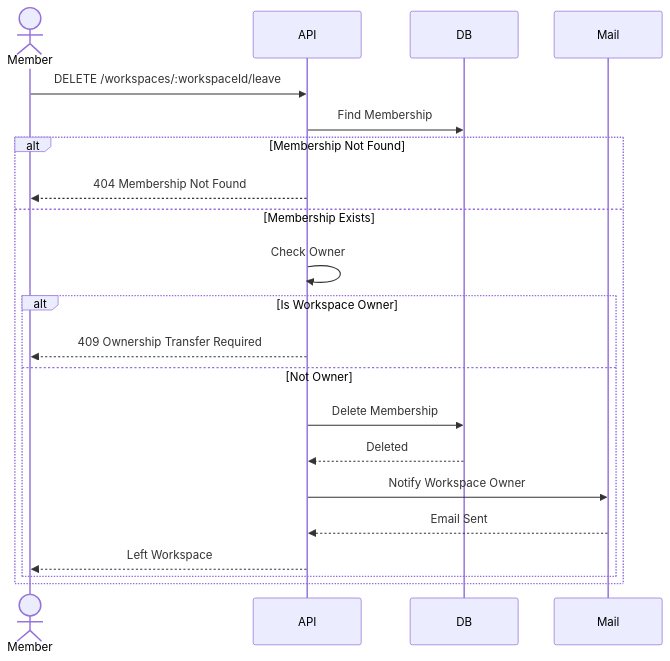
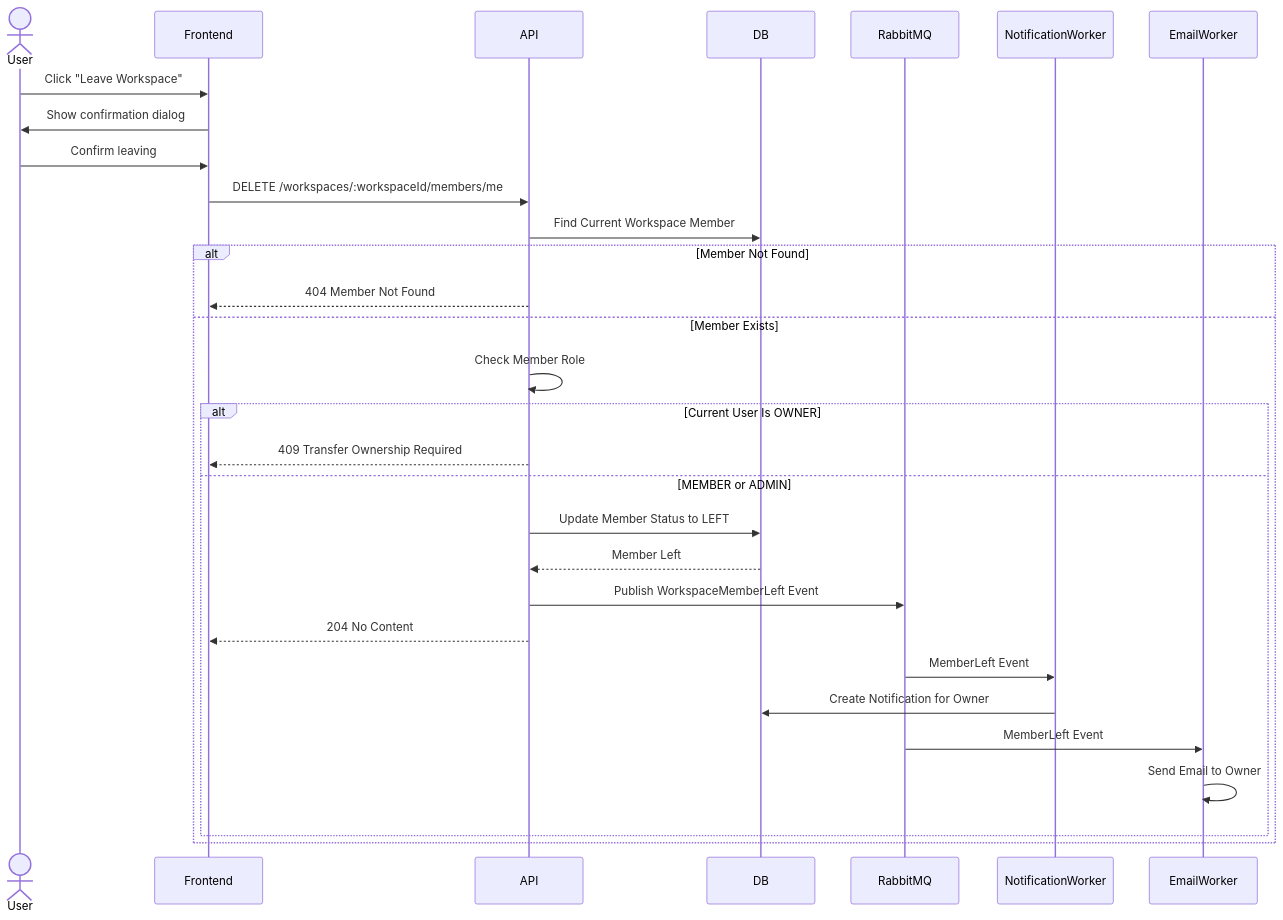
One commit to datnguyxn/LinkFlow changed the fifth of 6 diagrams in docs/architecture/workspace-member/WorkspaceMember-Sequence.md. Above: the diagram before and after it, drawn with Mermaid. The commit also changed other lines of this file and 10 other files, not shown here.

Commit message:
test(api): add workspace member test coverage

````diff
--- a/docs/architecture/workspace-member/WorkspaceMember-Sequence.md
+++ b/docs/architecture/workspace-member/WorkspaceMember-Sequence.md
@@ -223,40 +223,53 @@
 ```mermaid
 sequenceDiagram
 
-    actor Member
+    actor User
+    participant Frontend
     participant API
     participant DB
-    participant Mail
+    participant RabbitMQ
+    participant NotificationWorker
+    participant EmailWorker
 
-    Member->>API: DELETE /workspaces/:workspaceId/leave
+    User->>Frontend: Click "Leave Workspace"
 
-    API->>DB: Find Membership
+    Frontend->>User: Show confirmation dialog
 
-    alt Membership Not Found
+    User->>Frontend: Confirm leaving
 
-        API-->>Member: 404 Membership Not Found
+    Frontend->>API: DELETE /workspaces/:workspaceId/members/me
 
-    else Membership Exists
+    API->>DB: Find Current Workspace Member
 
-        API->>API: Check Owner
+    alt Member Not Found
 
-        alt Is Workspace Owner
+        API-->>Frontend: 404 Member Not Found
 
-            API-->>Member: 409 Ownership Transfer Required
+    else Member Exists
 
-        else Not Owner
+        API->>API: Check Member Role
 
-            API->>DB: Delete Membership
+        alt Current User Is OWNER
 
-            DB-->>API: Deleted
+            API-->>Frontend: 409 Transfer Ownership Required
 
-            API->>Mail: Notify Workspace Owner
+        else MEMBER or ADMIN
 
-            Mail-->>API: Email Sent
+            API->>DB: Update Member Status to LEFT
 
-            API-->>Member: Left Workspace
+            DB-->>API: Member Left
+
+            API->>RabbitMQ: Publish WorkspaceMemberLeft Event
+
+            API-->>Frontend: 204 No Content
+
+            RabbitMQ->>NotificationWorker: MemberLeft Event
+            NotificationWorker->>DB: Create Notification for Owner
+
+            RabbitMQ->>EmailWorker: MemberLeft Event
+            EmailWorker->>EmailWorker: Send Email to Owner
 
         end
 
     end
 ```
````
